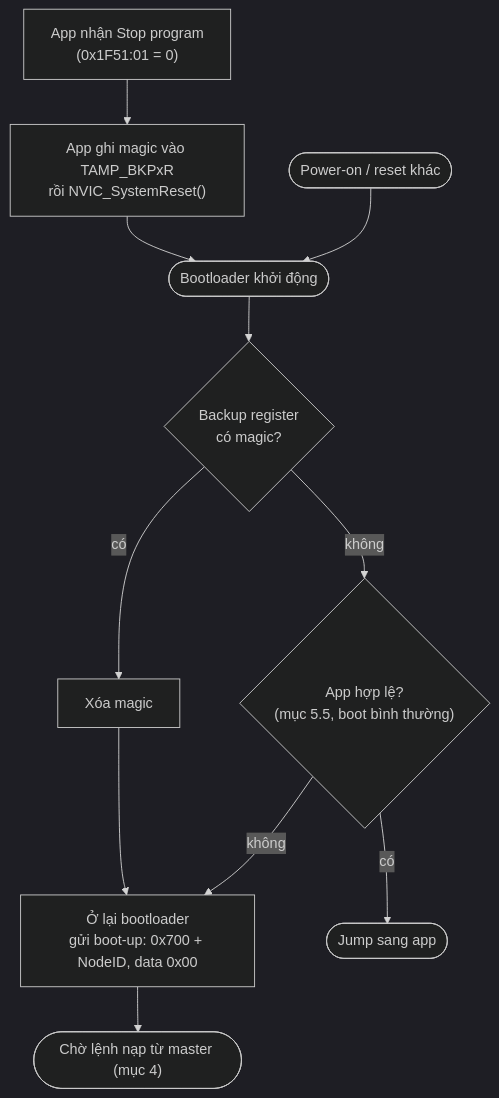
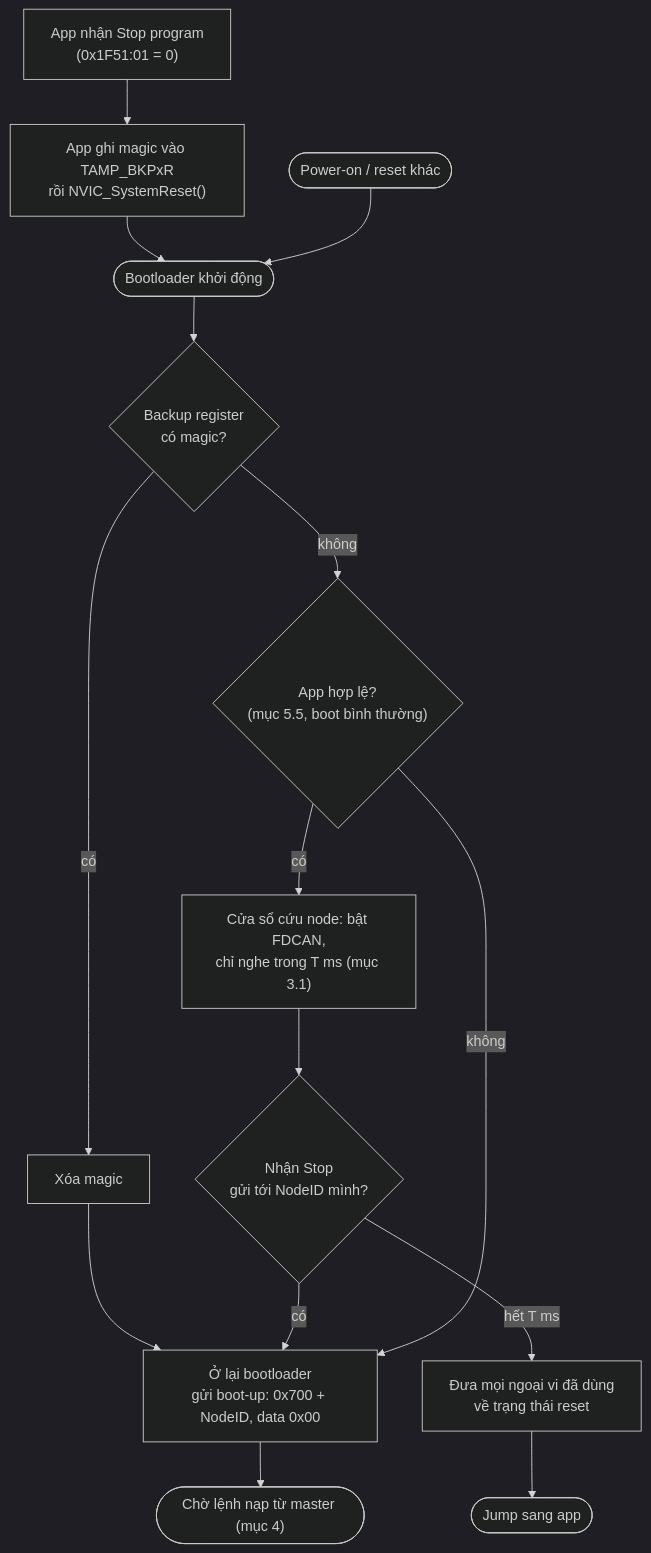
Before and after one commit to linh97abc/stm32_canopen_bootloader: the first of 5 diagrams in docs/design.md, drawn with Mermaid (dark theme). The commit also changed other lines of this file and 15 other files, not shown here.

First line of the commit message:
Thêm cửa sổ cứu node lúc boot

````diff
--- a/docs/design.md
+++ b/docs/design.md
@@ -45,13 +45,17 @@
 ```mermaid
 flowchart TD
     STOP["App nhận Stop program<br/>(0x1F51:01 = 0)"] --> WR["App ghi magic vào TAMP_BKPxR<br/>rồi NVIC_SystemReset()"]
     WR --> RST
     POR(["Power-on / reset khác"]) --> RST([Bootloader khởi động])
     RST --> MAGIC{"Backup register<br/>có magic?"}
     MAGIC -- có --> CLR["Xóa magic"]
     CLR --> STAY["Ở lại bootloader<br/>gửi boot-up: 0x700 + NodeID, data 0x00"]
     MAGIC -- không --> CHK{"App hợp lệ?<br/>(mục 5.5, boot bình thường)"}
-    CHK -- có --> JMP([Jump sang app])
+    CHK -- có --> WIN["Cửa sổ cứu node: bật FDCAN,<br/>chỉ nghe trong T ms (mục 3.1)"]
+    WIN --> GOT{"Nhận Stop<br/>gửi tới NodeID mình?"}
+    GOT -- có --> STAY
+    GOT -- "hết T ms" --> CLEAN["Đưa mọi ngoại vi đã dùng<br/>về trạng thái reset"]
+    CLEAN --> JMP([Jump sang app])
     CHK -- không --> STAY
     STAY --> WAIT(["Chờ lệnh nạp từ master (mục 4)"])
 ```
````
